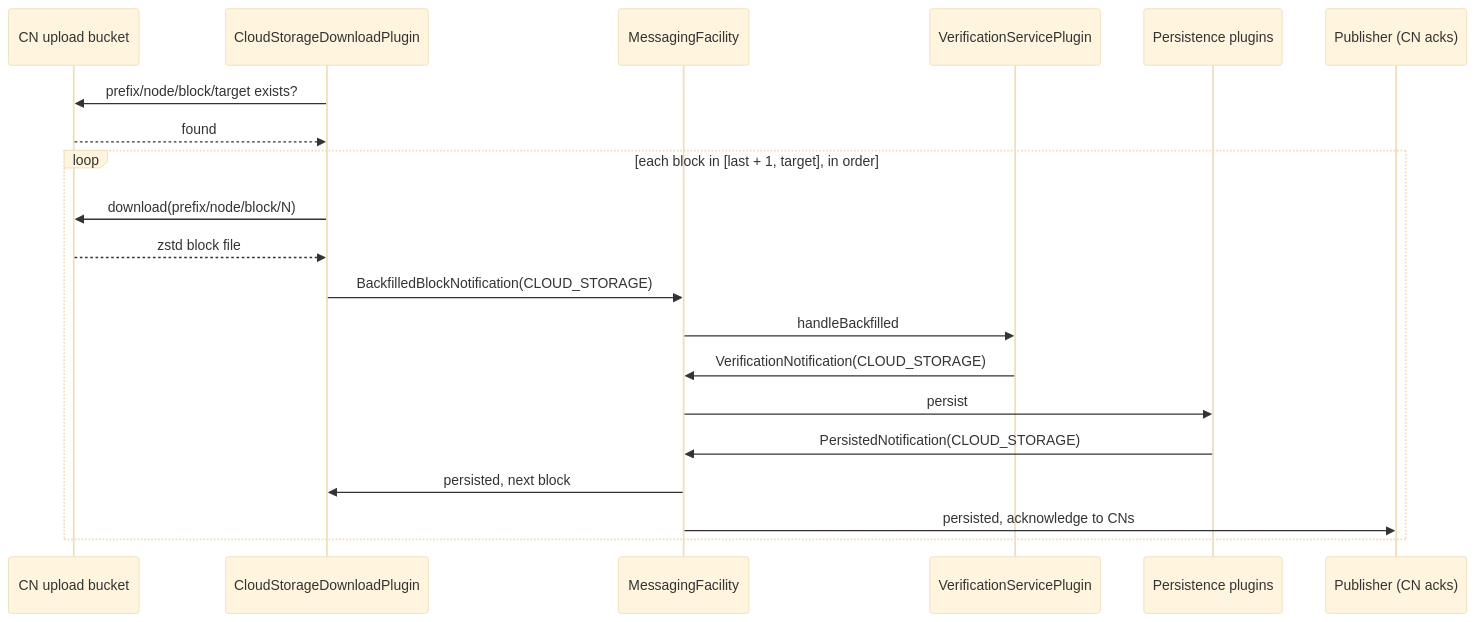
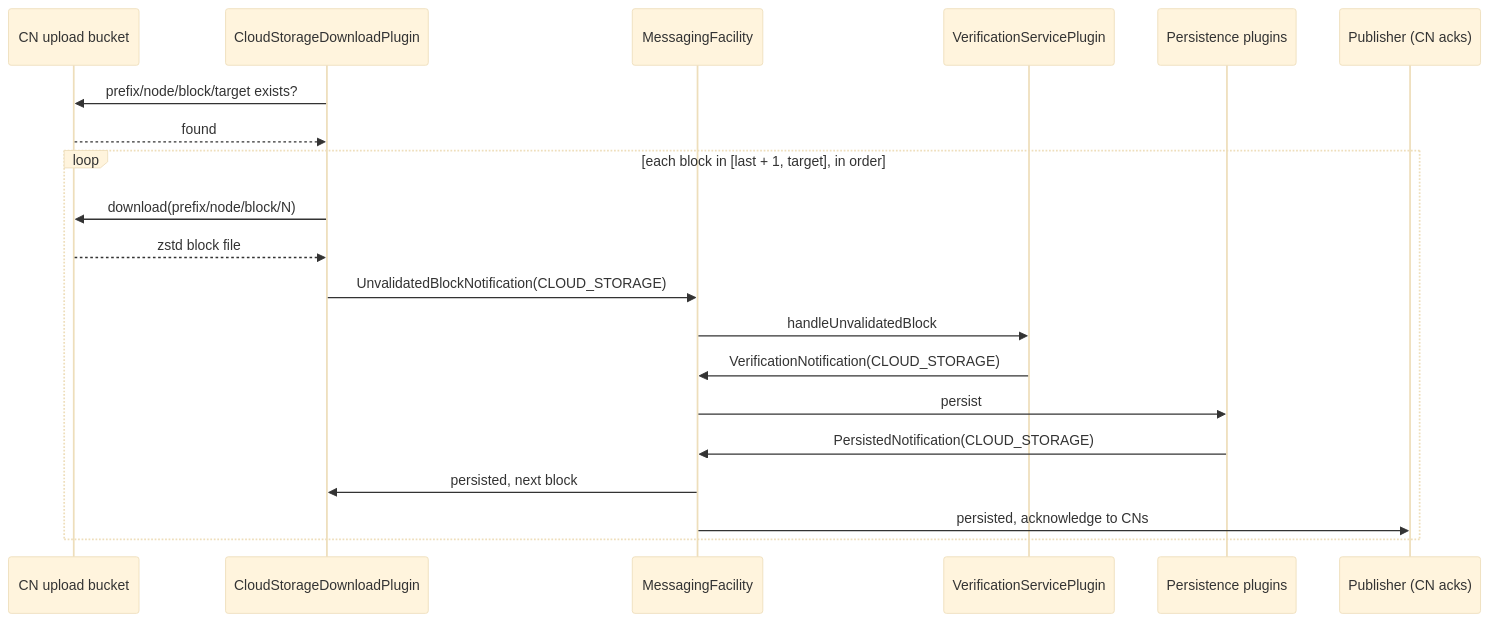
Before and after one commit to hiero-ledger/hiero-block-node: the second of 2 diagrams in docs/design/persistence/cloud-storage-download.md, drawn with Mermaid (base theme). The commit also changed other lines of this file and 26 other files, not shown here.

Commit message:
4122 Rename the backfilled block notification to a source agnostic unvalidated block notification

````diff
--- a/docs/design/persistence/cloud-storage-download.md
+++ b/docs/design/persistence/cloud-storage-download.md
@@ -367,23 +367,23 @@
 ```mermaid
 sequenceDiagram
     participant Bucket as CN upload bucket
     participant CSDP as CloudStorageDownloadPlugin
     participant MF as MessagingFacility
     participant Ver as VerificationServicePlugin
     participant Store as Persistence plugins
     participant Pub as Publisher (CN acks)
 
     CSDP->>Bucket: prefix/node/block/target exists?
     Bucket-->>CSDP: found
     loop each block in [last + 1, target], in order
         CSDP->>Bucket: download(prefix/node/block/N)
         Bucket-->>CSDP: zstd block file
-        CSDP->>MF: BackfilledBlockNotification(CLOUD_STORAGE)
-        MF->>Ver: handleBackfilled
+        CSDP->>MF: UnvalidatedBlockNotification(CLOUD_STORAGE)
+        MF->>Ver: handleUnvalidatedBlock
         Ver->>MF: VerificationNotification(CLOUD_STORAGE)
         MF->>Store: persist
         Store->>MF: PersistedNotification(CLOUD_STORAGE)
         MF->>CSDP: persisted, next block
         MF->>Pub: persisted, acknowledge to CNs
     end
 ```
````
